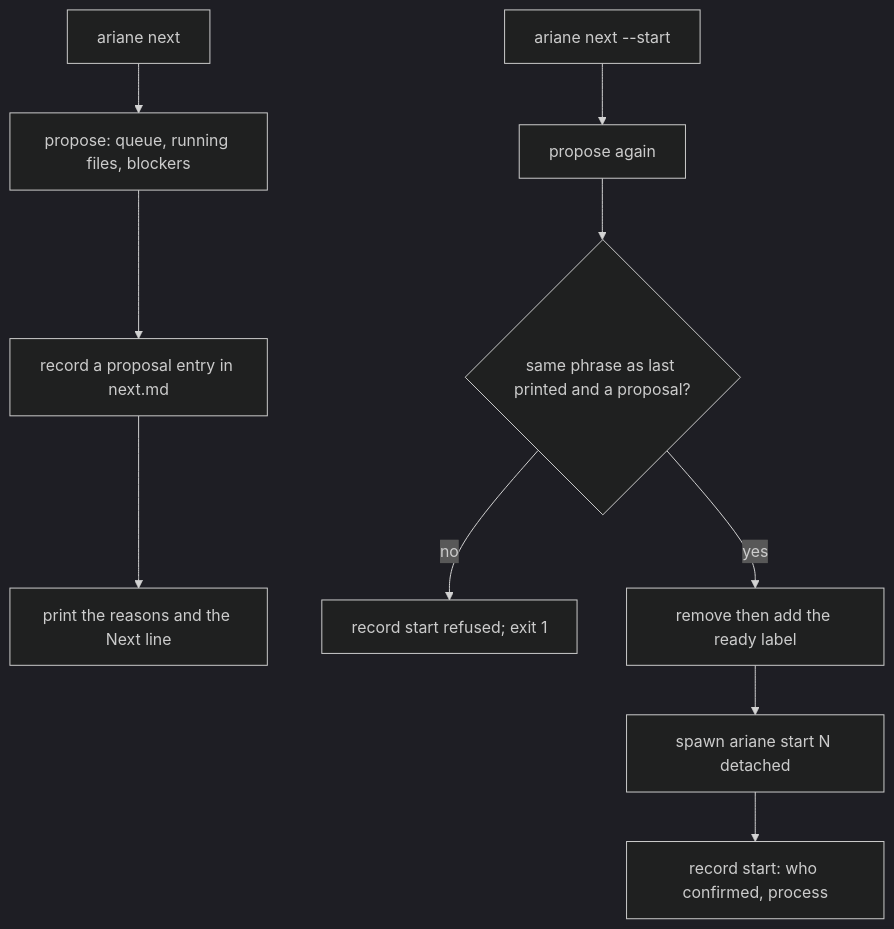
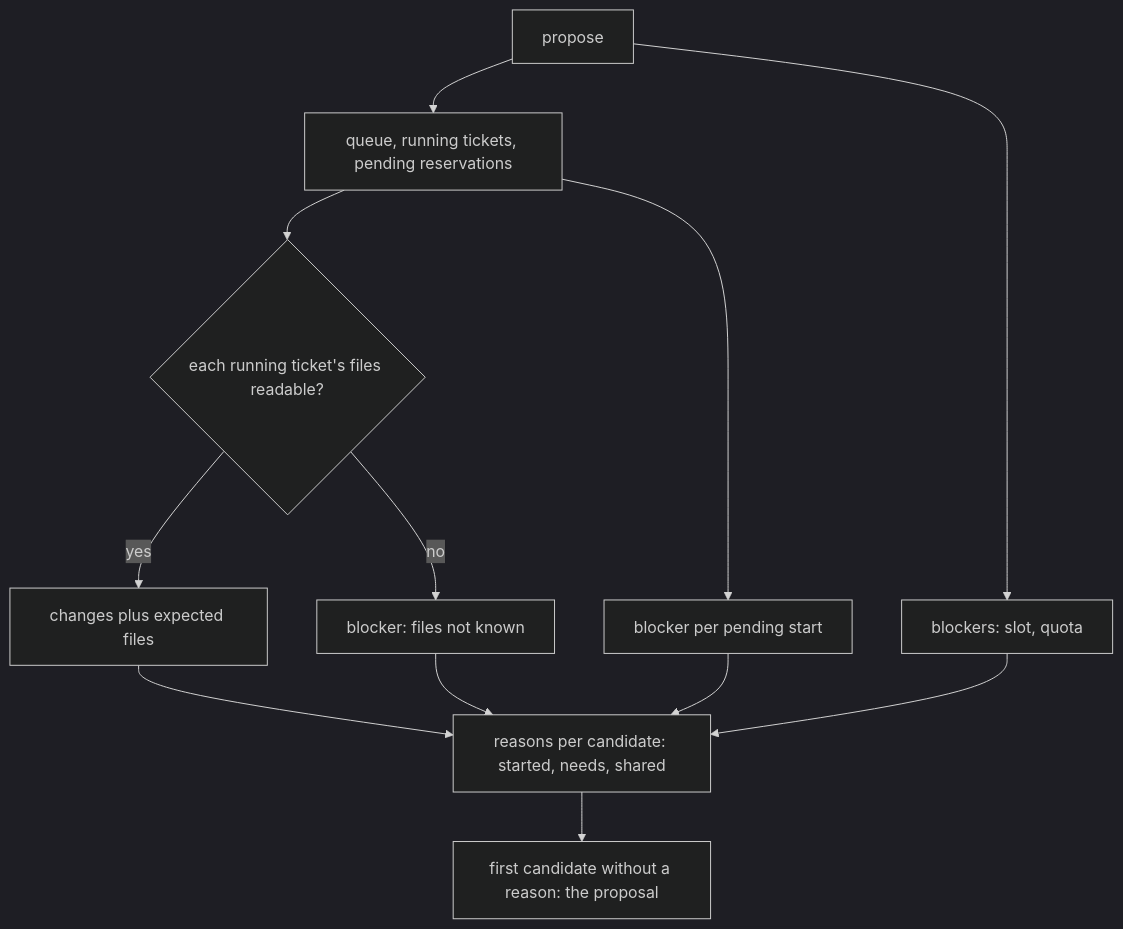
The first of 3 diagrams in docs/architecture/modules/next_ticket.md (plaplanche/ariane), drawn with Mermaid (dark theme) before and after one commit. The commit also changed other lines of this file and 27 other files, not shown here.

````diff
--- a/docs/architecture/modules/next_ticket.md
+++ b/docs/architecture/modules/next_ticket.md
@@ -41,12 +45,14 @@
 ```mermaid
 flowchart TD
-  A[ariane next] --> B[propose: queue, running files, blockers]
-  B --> C[record a proposal entry in next.md]
-  C --> D[print the reasons and the Next line]
-  E[ariane next --start] --> F[propose again]
-  F --> G{same phrase as last printed and a proposal?}
-  G -- no --> H[record start refused; exit 1]
-  G -- yes --> I[remove then add the ready label]
-  I --> J[spawn ariane start N detached]
-  J --> K[record start: who confirmed, process]
+  A[propose] --> B[queue, running tickets, pending reservations]
+  B --> C{each running ticket's files readable?}
+  C -- no --> U[blocker: files not known]
+  C -- yes --> D[changes plus expected files]
+  B --> P[blocker per pending start]
+  A --> E[blockers: slot, quota]
+  D --> F[reasons per candidate: started, needs, shared]
+  U --> F
+  P --> F
+  E --> F
+  F --> G[first candidate without a reason: the proposal]
 ```
````
